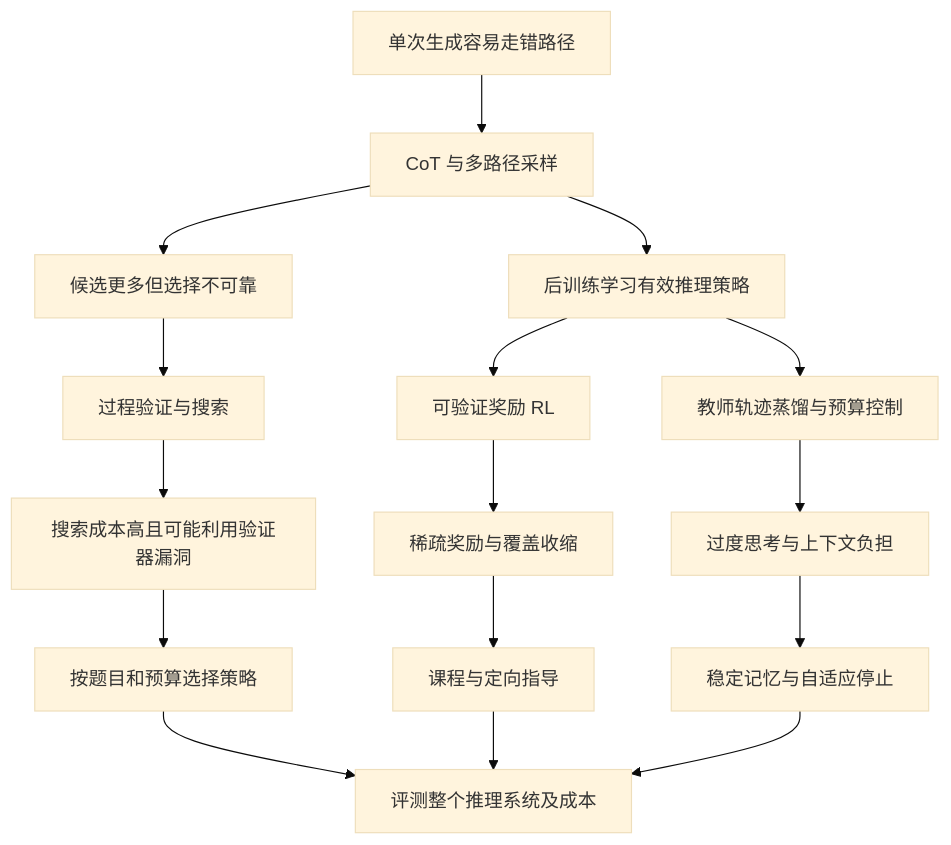
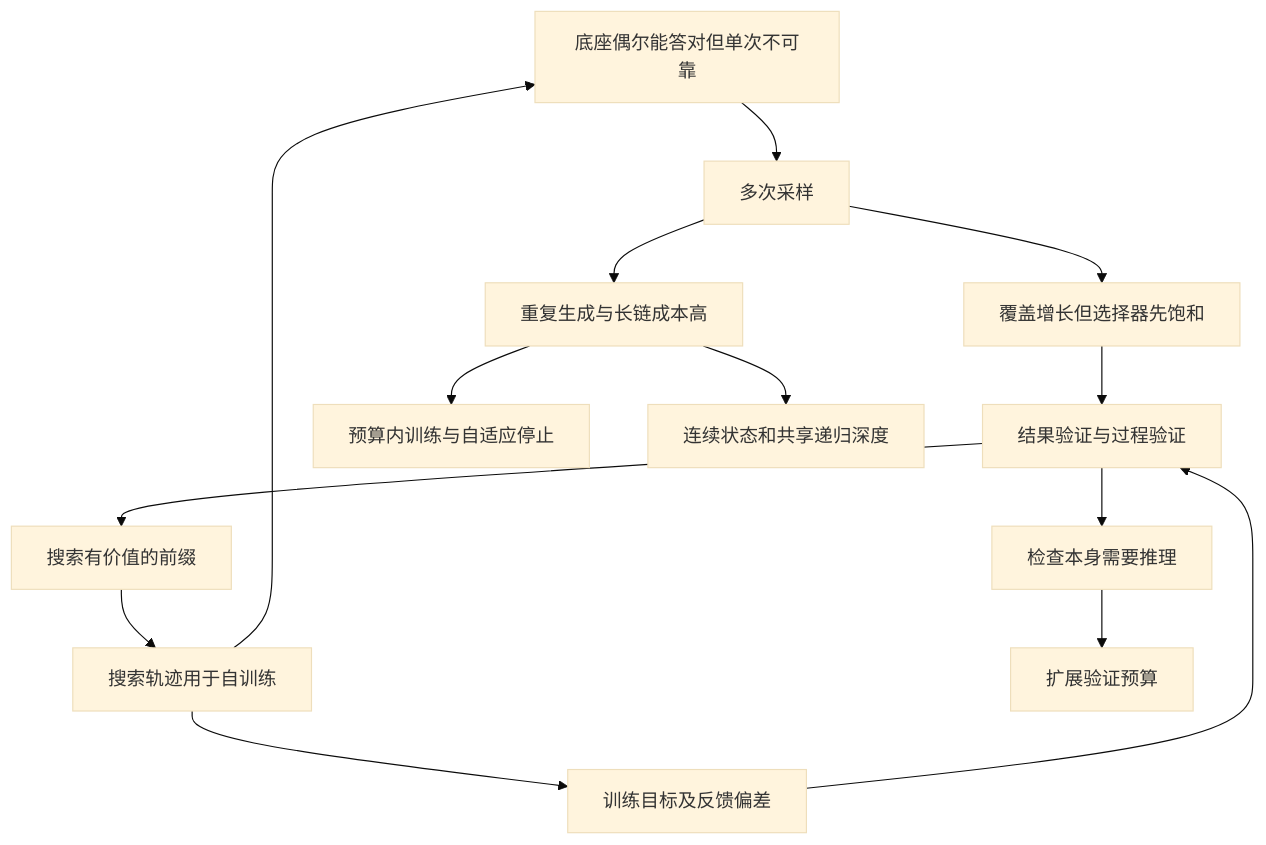
One commit to yibingwei-1/scaling-law-survey changed the second of 2 diagrams in SURVEY.zh-CN.md. Above: the diagram before and after it, drawn with Mermaid (base theme). The commit also changed other lines of this file and 47 other files, not shown here.

````diff
--- a/SURVEY.zh-CN.md
+++ b/SURVEY.zh-CN.md
@@ -350,18 +675,16 @@
-```mermaid
+~~~mermaid
 flowchart TD
-    A[单次生成容易走错路径] --> B[CoT 与多路径采样]
-    B --> C[候选更多但选择不可靠]
-    C --> D[过程验证与搜索]
-    D --> E[搜索成本高且可能利用验证器漏洞]
-    E --> F[按题目和预算选择策略]
-    B --> G[后训练学习有效推理策略]
-    G --> H[可验证奖励 RL]
-    G --> I[教师轨迹蒸馏与预算控制]
-    H --> J[稀疏奖励与覆盖收缩]
-    J --> K[课程与定向指导]
-    I --> L[过度思考与上下文负担]
-    L --> M[稳定记忆与自适应停止]
-    F --> N[评测整个推理系统及成本]
-    K --> N
-    M --> N
-```
+  A[底座偶尔能答对但单次不可靠] --> B[多次采样]
+  B --> C[覆盖增长但选择器先饱和]
+  C --> D[结果验证与过程验证]
+  D --> E[搜索有价值的前缀]
+  E --> F[搜索轨迹用于自训练]
+  F --> A
+  D --> G[检查本身需要推理]
+  G --> H[扩展验证预算]
+  B --> I[重复生成与长链成本高]
+  I --> J[预算内训练与自适应停止]
+  I --> K[连续状态和共享递归深度]
+  F --> L[训练目标及反馈偏差]
+  L --> D
+~~~
````
